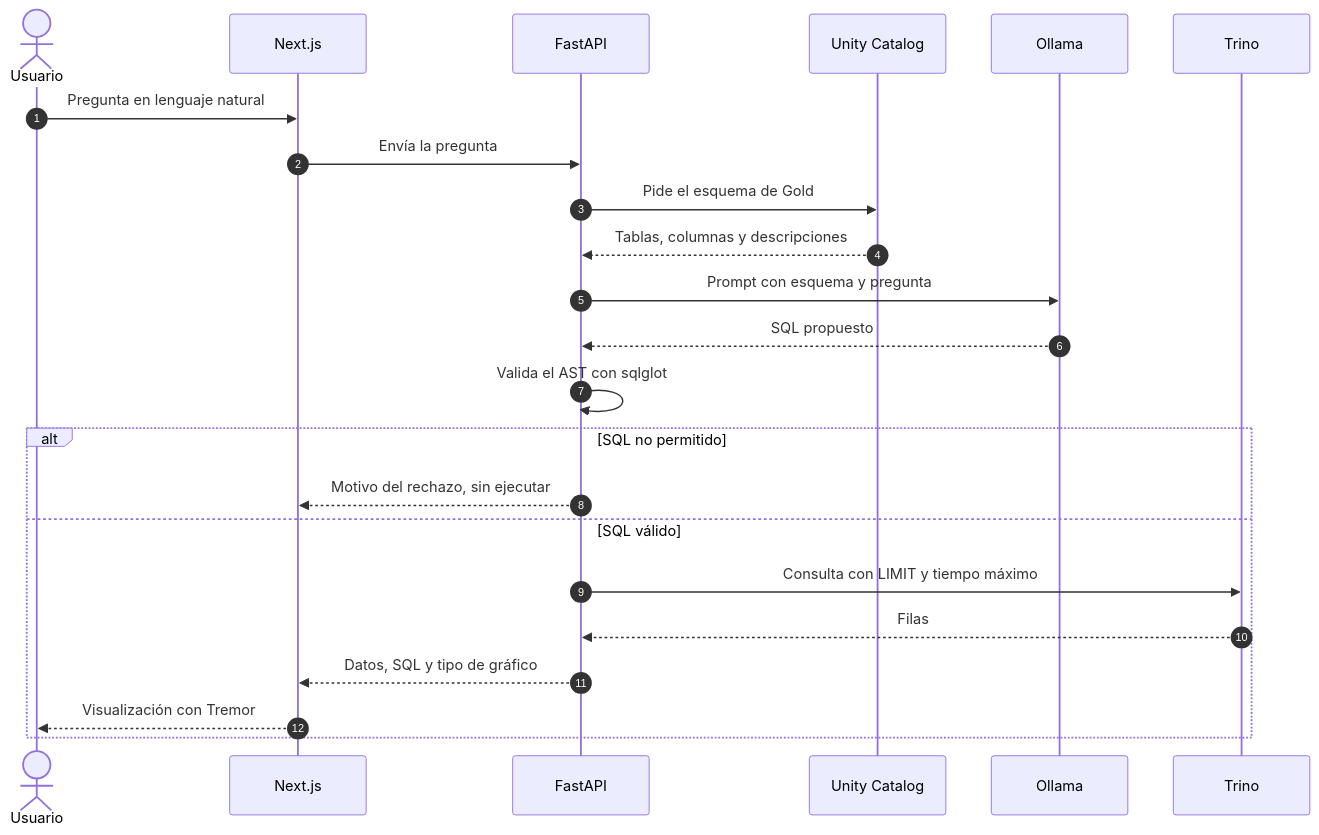
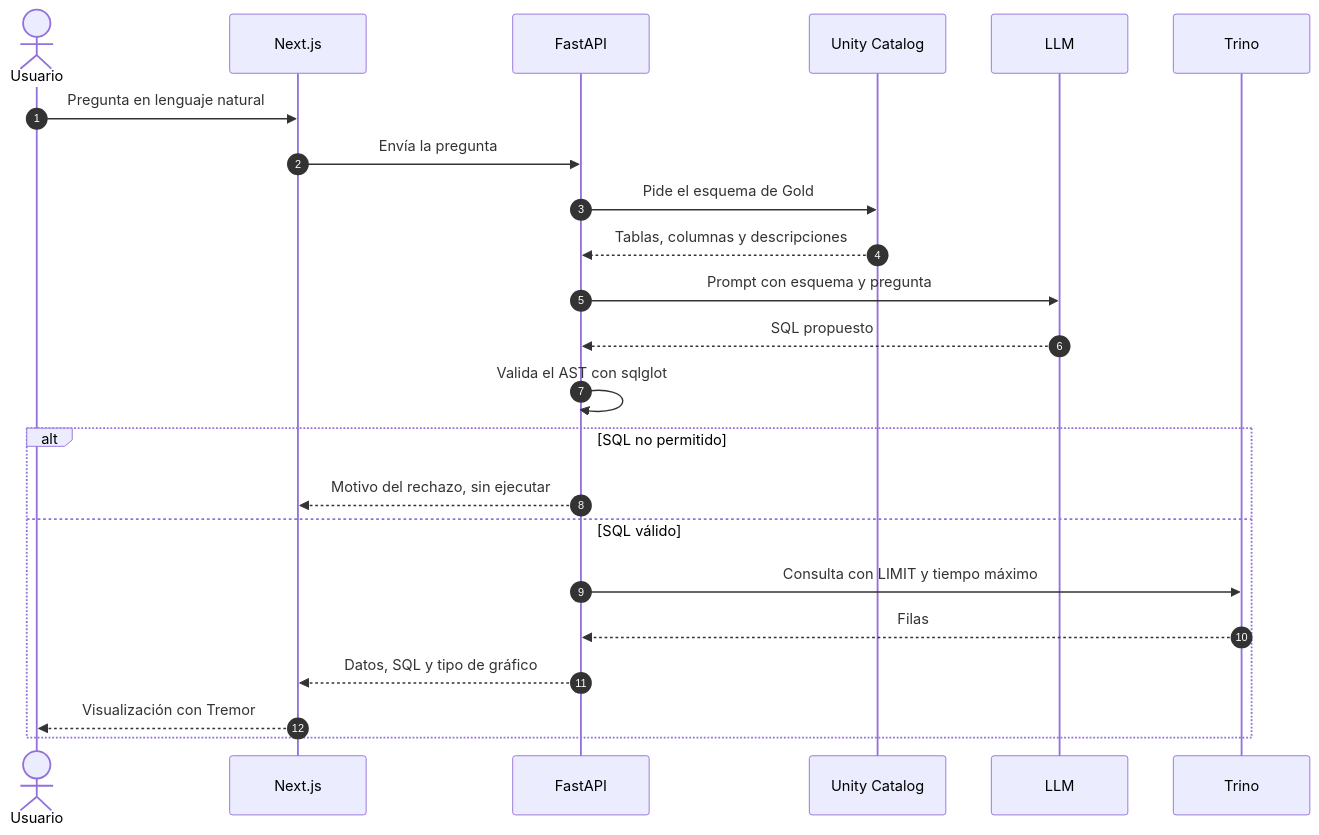
One commit to mikest376/ProyectoCasa changed the second of 2 diagrams in docs/ARCHITECTURE.md. Above: the diagram before and after it, drawn with Mermaid. The commit also changed other lines of this file and 67 other files, not shown here.

````diff
--- a/docs/ARCHITECTURE.md
+++ b/docs/ARCHITECTURE.md
@@ -105,26 +126,26 @@
 ```mermaid
 sequenceDiagram
     autonumber
     actor U as Usuario
     participant W as Next.js
     participant A as FastAPI
     participant C as Unity Catalog
-    participant L as Ollama
+    participant L as LLM
     participant T as Trino
 
     U->>W: Pregunta en lenguaje natural
     W->>A: Envía la pregunta
     A->>C: Pide el esquema de Gold
     C-->>A: Tablas, columnas y descripciones
     A->>L: Prompt con esquema y pregunta
     L-->>A: SQL propuesto
     A->>A: Valida el AST con sqlglot
     alt SQL no permitido
         A-->>W: Motivo del rechazo, sin ejecutar
     else SQL válido
         A->>T: Consulta con LIMIT y tiempo máximo
         T-->>A: Filas
         A-->>W: Datos, SQL y tipo de gráfico
         W-->>U: Visualización con Tremor
     end
 ```
````
